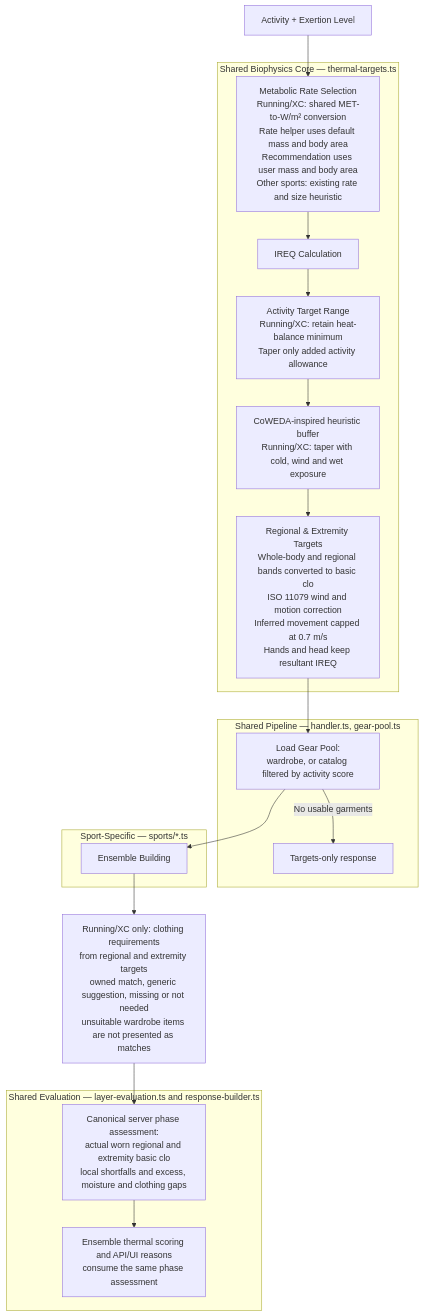
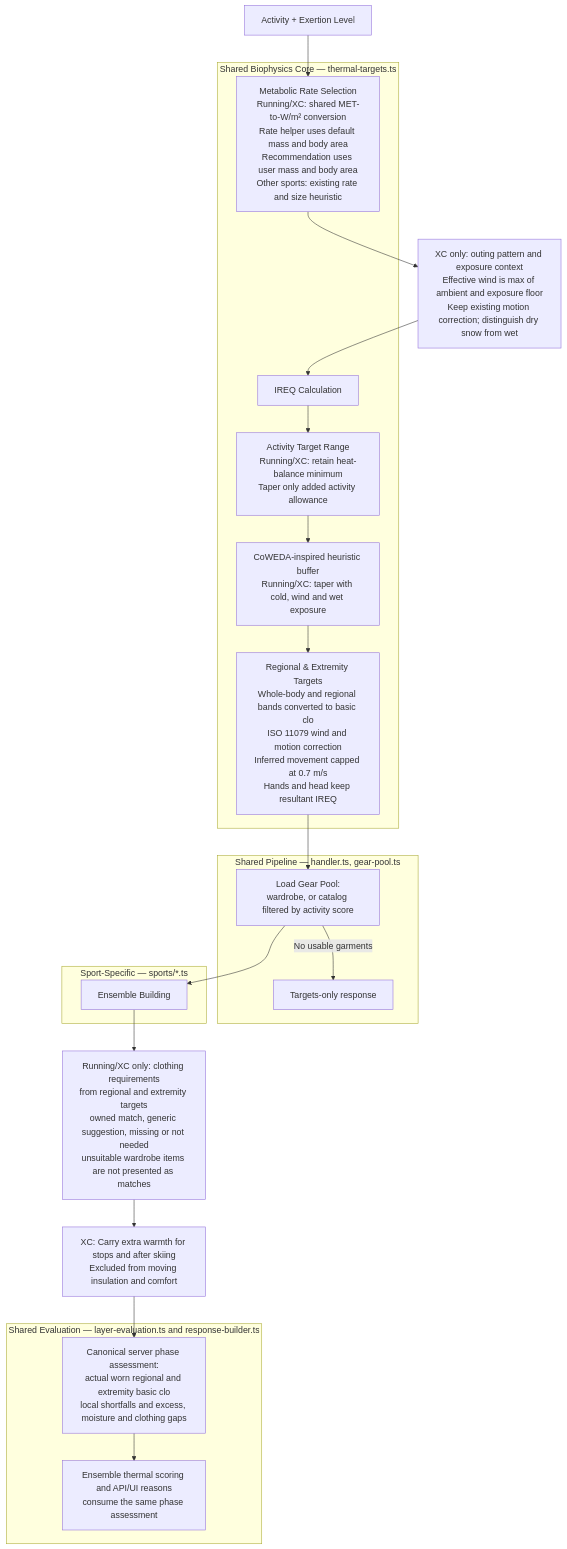
One commit to derobertsw/swttr changed the first of 7 diagrams in README.md. Above: the diagram before and after it, drawn with Mermaid. The commit also changed other lines of this file and 36 other files, not shown here.

````diff
--- a/README.md
+++ b/README.md
@@ -50,36 +50,38 @@
 ```mermaid
 graph TD
     A[Activity + Exertion Level] --> B[Metabolic Rate Selection<br/>Running/XC: shared MET-to-W/m² conversion<br/>Rate helper uses default mass and body area<br/>Recommendation uses user mass and body area<br/>Other sports: existing rate and size heuristic]
-    B --> C[IREQ Calculation]
+    B --> XCP[XC only: outing pattern and exposure context<br/>Effective wind is max of ambient and exposure floor<br/>Keep existing motion correction; distinguish dry snow from wet]
+    XCP --> C[IREQ Calculation]
     C --> D[Activity Target Range<br/>Running/XC: retain heat-balance minimum<br/>Taper only added activity allowance]
     D --> E[CoWEDA-inspired heuristic buffer<br/>Running/XC: taper with cold, wind and wet exposure]
     E --> F[Regional & Extremity Targets<br/>Whole-body and regional bands converted to basic clo<br/>ISO 11079 wind and motion correction<br/>Inferred movement capped at 0.7 m/s<br/>Hands and head keep resultant IREQ]
     F --> P[Load Gear Pool:<br/>wardrobe, or catalog filtered by activity score]
     P -->|No usable garments| T[Targets-only response]
     P --> G[Ensemble Building]
     G --> R[Running/XC only: clothing requirements<br/>from regional and extremity targets<br/>owned match, generic suggestion, missing or not needed<br/>unsuitable wardrobe items are not presented as matches]
-    R --> I[Canonical server phase assessment:<br/>actual worn regional and extremity basic clo<br/>local shortfalls and excess, moisture and clothing gaps]
+    R --> XCCARRY[XC: Carry extra warmth for stops and after skiing<br/>Excluded from moving insulation and comfort]
+    XCCARRY --> I[Canonical server phase assessment:<br/>actual worn regional and extremity basic clo<br/>local shortfalls and excess, moisture and clothing gaps]
     I --> H[Ensemble thermal scoring and API/UI reasons<br/>consume the same phase assessment]
 
     subgraph "Shared Biophysics Core — thermal-targets.ts"
         B
         C
         D
         E
         F
     end
 
     subgraph "Shared Pipeline — handler.ts, gear-pool.ts"
         P
         T
     end
 
     subgraph "Sport-Specific — sports/*.ts"
         G
     end
 
     subgraph "Shared Evaluation — layer-evaluation.ts and response-builder.ts"
         H
         I
     end
 ```
````
